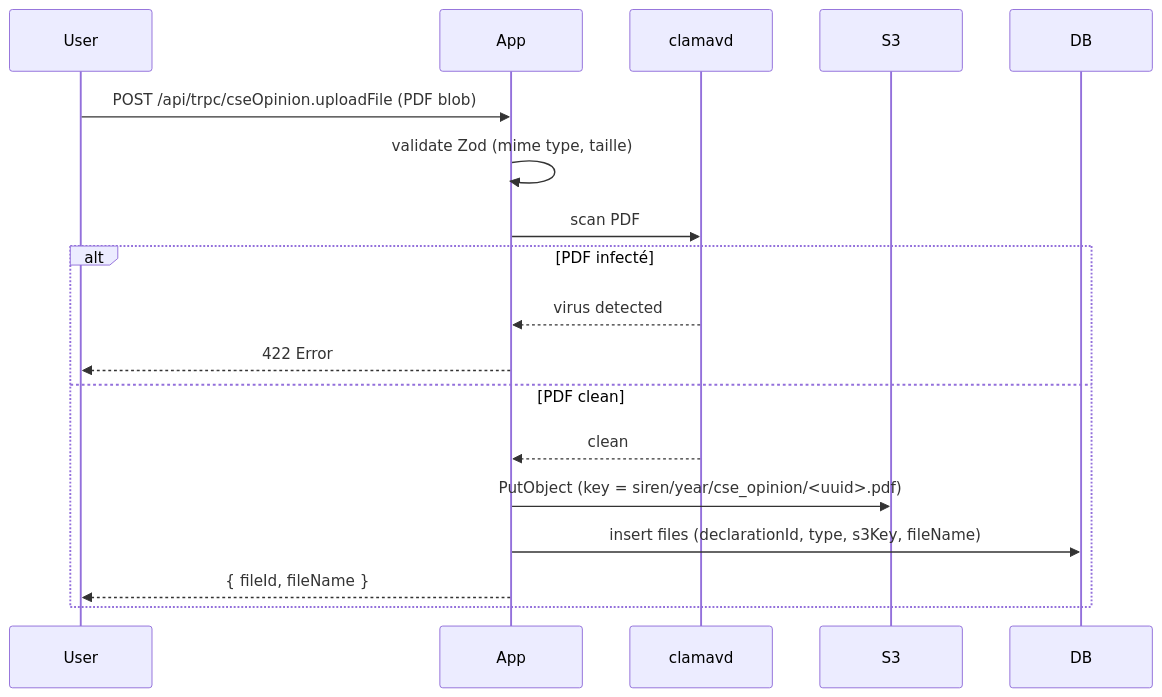
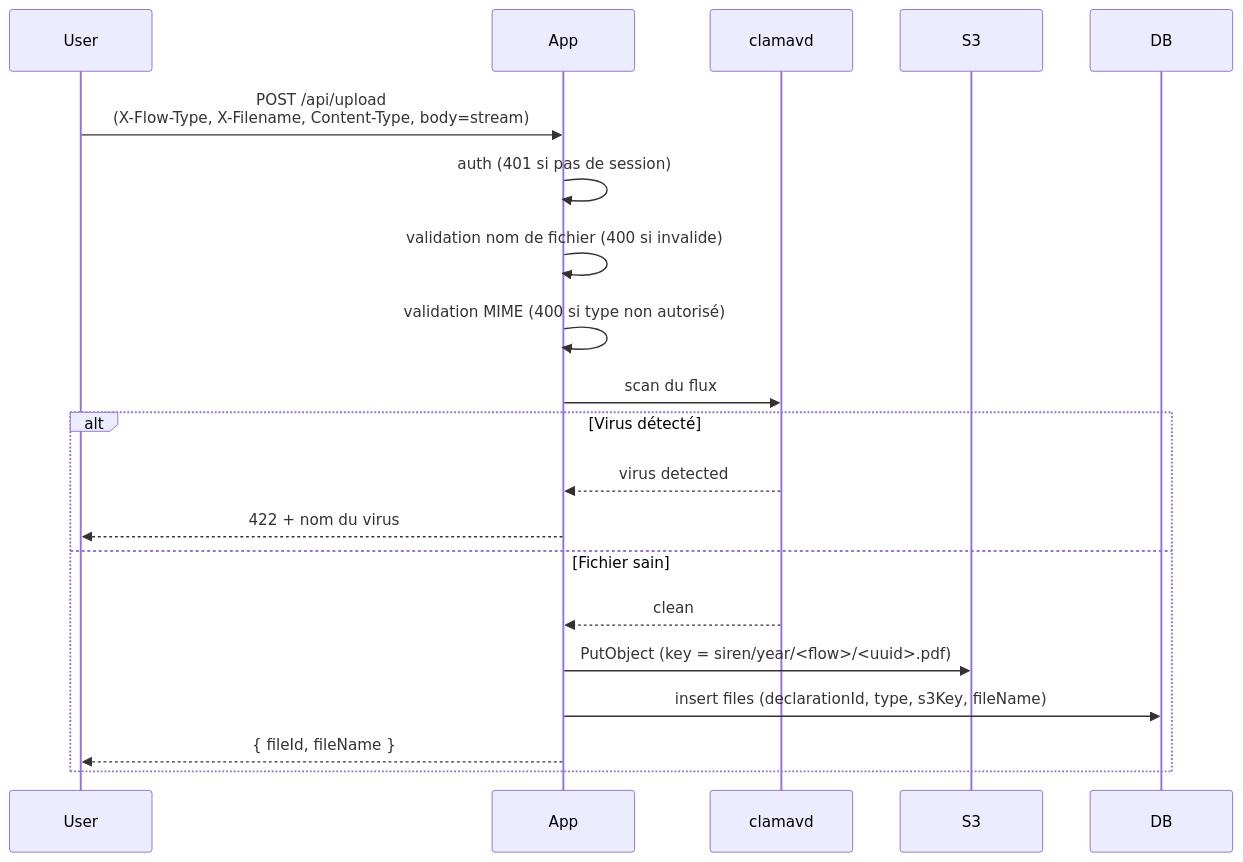
The fourth of 5 diagrams in docs/architecture.md (SocialGouv/egapro), drawn with Mermaid before and after one commit. The commit also changed other lines of this file and 12 other files, not shown here.

````diff
--- a/docs/architecture.md
+++ b/docs/architecture.md
@@ -357,21 +360,23 @@
 ```mermaid
 sequenceDiagram
     participant User
     participant App
     participant AV as clamavd
     participant S3
     participant DB
 
-    User->>App: POST /api/trpc/cseOpinion.uploadFile (PDF blob)
-    App->>App: validate Zod (mime type, taille)
-    App->>AV: scan PDF
-    alt PDF infecté
+    User->>App: POST /api/upload<br/>(X-Flow-Type, X-Filename, Content-Type, body=stream)
+    App->>App: auth (401 si pas de session)
+    App->>App: validation nom de fichier (400 si invalide)
+    App->>App: validation MIME (400 si type non autorisé)
+    App->>AV: scan du flux
+    alt Virus détecté
         AV-->>App: virus detected
-        App-->>User: 422 Error
-    else PDF clean
+        App-->>User: 422 + nom du virus
+    else Fichier sain
         AV-->>App: clean
-        App->>S3: PutObject (key = siren/year/cse_opinion/<uuid>.pdf)
+        App->>S3: PutObject (key = siren/year/<flow>/<uuid>.pdf)
         App->>DB: insert files (declarationId, type, s3Key, fileName)
         App-->>User: { fileId, fileName }
     end
 ```
````
